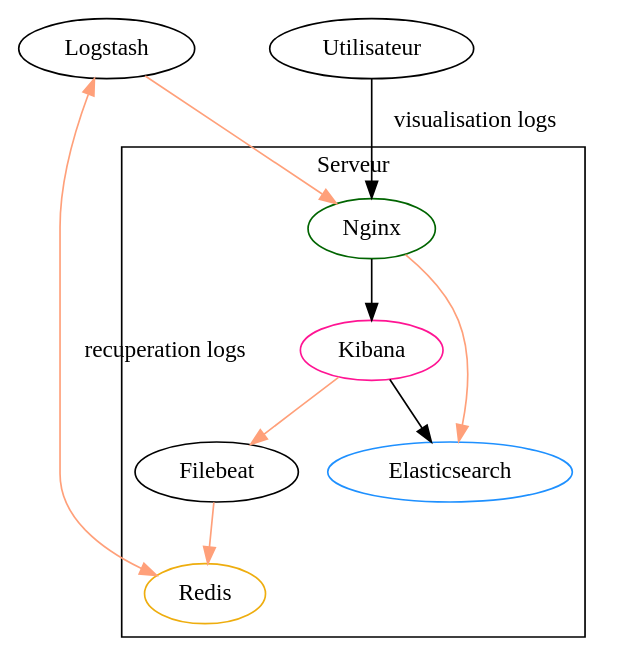
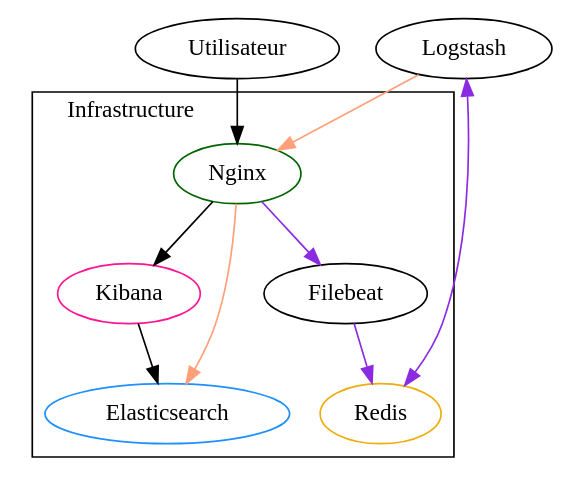
The third of 4 diagrams in schemas.md (Transrian/bd71-courses), drawn with Graphviz before and after one commit. The commit also changed other lines of this file and 7 other files, not shown here.

````diff
--- a/schemas.md
+++ b/schemas.md
@@ -116,28 +116,29 @@
 ```dot {engine="dot"}
 digraph f {
     compound=true;
 
     "Kibana" -> "Elasticsearch"
     "Nginx" -> "Kibana"
 
-    "Filebeat" -> "Redis" [color=lightsalmon1]
-    "Kibana" -> "Filebeat" [color=lightsalmon1]
+    "Nginx" -> "Filebeat" [color=blueviolet]
+    "Filebeat" -> "Redis" [color=blueviolet]
 
-    "Utilisateur" -> "Nginx" [label="visualisation logs"]
+    "Utilisateur" -> "Nginx"
 
-    "Logstash" -> "Redis" [label="recuperation logs", dir="both", color=lightsalmon1]
+    "Logstash" -> "Redis" [dir="both", color=blueviolet]
     "Logstash" -> "Nginx" [color=lightsalmon1]
     "Nginx" -> "Elasticsearch" [color=lightsalmon1]
 
     subgraph cluster_server {
-        label="Serveur"
+        label="Infrastructure"
+        labeljust="l"
         "Elasticsearch" [color=dodgerblue1]
         "Kibana" [color=deeppink]
         "Nginx" [color=darkgreen]
         "Redis" [color=darkgoldenrod2]
         "Filebeat"
         
     }
     
 }
 ```
````
